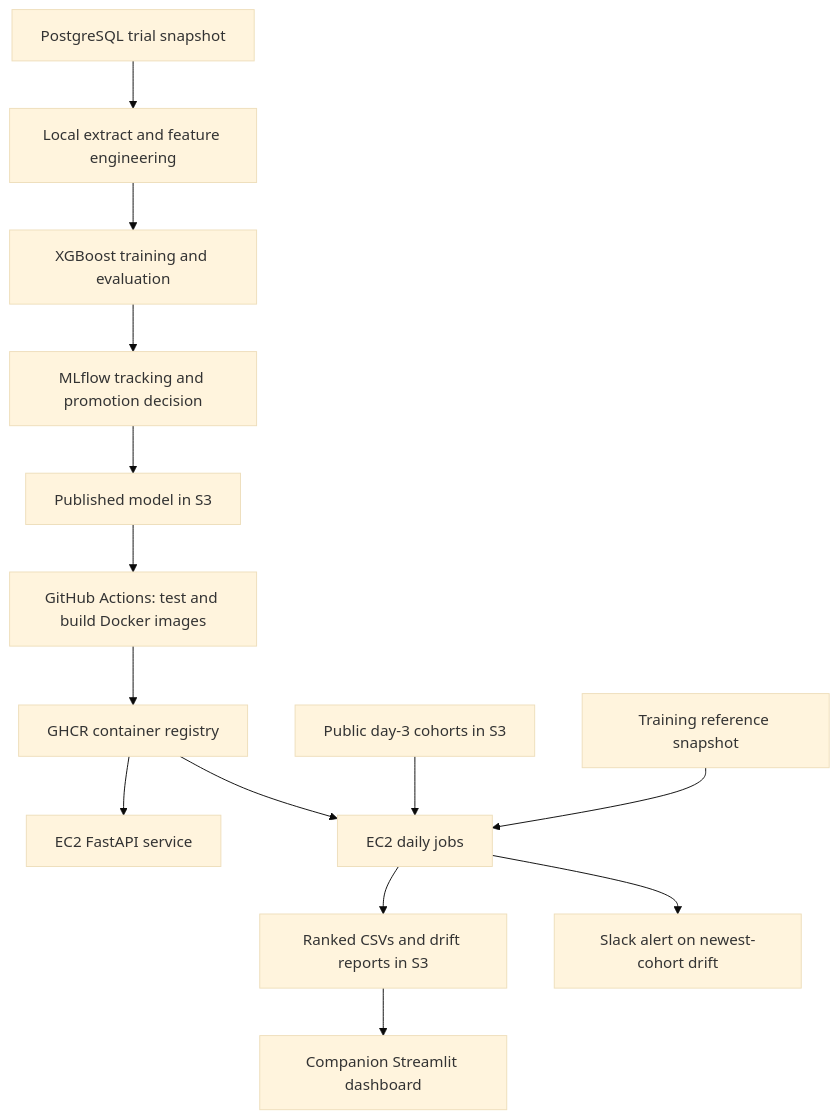
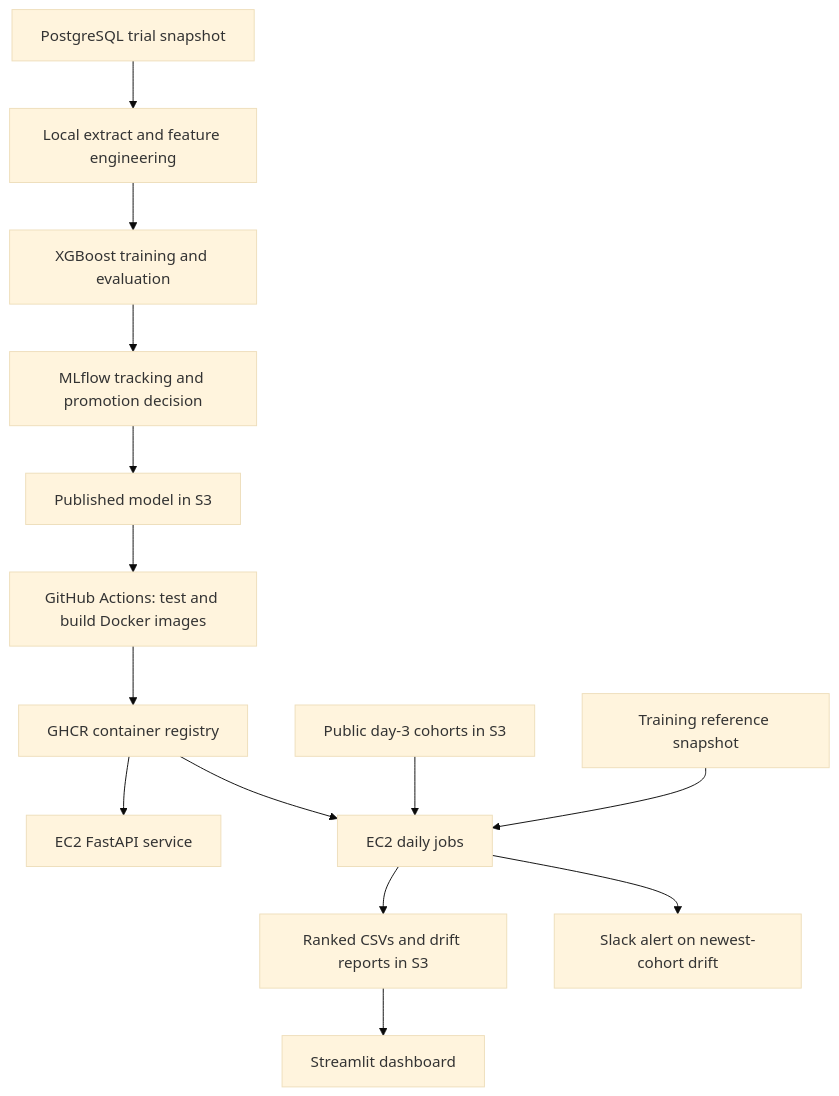
Before and after one commit to helsharif/trial-conversion-model: the diagram in README.md, drawn with Mermaid (base theme). The commit also changed other lines of this file and 6 other files, not shown here.

Commit message:
Integrate Streamlit dashboard into the main model repository

````diff
--- a/README.md
+++ b/README.md
@@ -42,16 +42,16 @@
 ```mermaid
 flowchart TD
     A[PostgreSQL trial snapshot] --> B[Local extract and feature engineering]
     B --> C[XGBoost training and evaluation]
     C --> D[MLflow tracking and promotion decision]
     D --> E[Published model in S3]
     E --> F[GitHub Actions: test and build Docker images]
     F --> G[GHCR container registry]
     G --> H[EC2 FastAPI service]
     G --> I[EC2 daily jobs]
     J[Public day-3 cohorts in S3] --> I
     K[Training reference snapshot] --> I
     I --> L[Ranked CSVs and drift reports in S3]
     I --> M[Slack alert on newest-cohort drift]
-    L --> N[Companion Streamlit dashboard]
+    L --> N[Streamlit dashboard]
 ```
````
